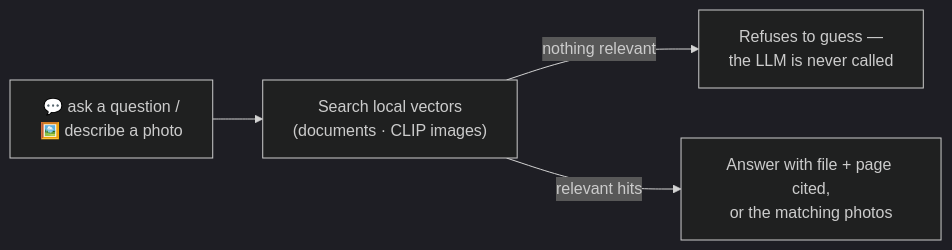
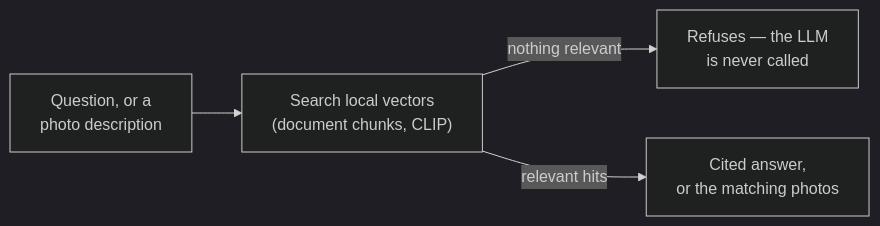
The second of 2 diagrams in README.md (me-is-mukul/Vector-Valut), drawn with Mermaid (dark theme) before and after one commit. The commit also changed other lines of this file, not shown here.

````diff
--- a/README.md
+++ b/README.md
@@ -51,6 +57,6 @@
 ```mermaid
 flowchart LR
-    Q["💬 ask a question /<br/>🖼️ describe a photo"] --> R["Search local vectors<br/>(documents · CLIP images)"]
-    R -->|nothing relevant| N["Refuses to guess —<br/>the LLM is never called"]
-    R -->|relevant hits| L["Answer with file + page cited,<br/>or the matching photos"]
+    Q["Question, or a<br/>photo description"] --> R["Search local vectors<br/>(document chunks, CLIP)"]
+    R -->|nothing relevant| N["Refuses — the LLM<br/>is never called"]
+    R -->|relevant hits| L["Cited answer,<br/>or the matching photos"]
 ```
````
